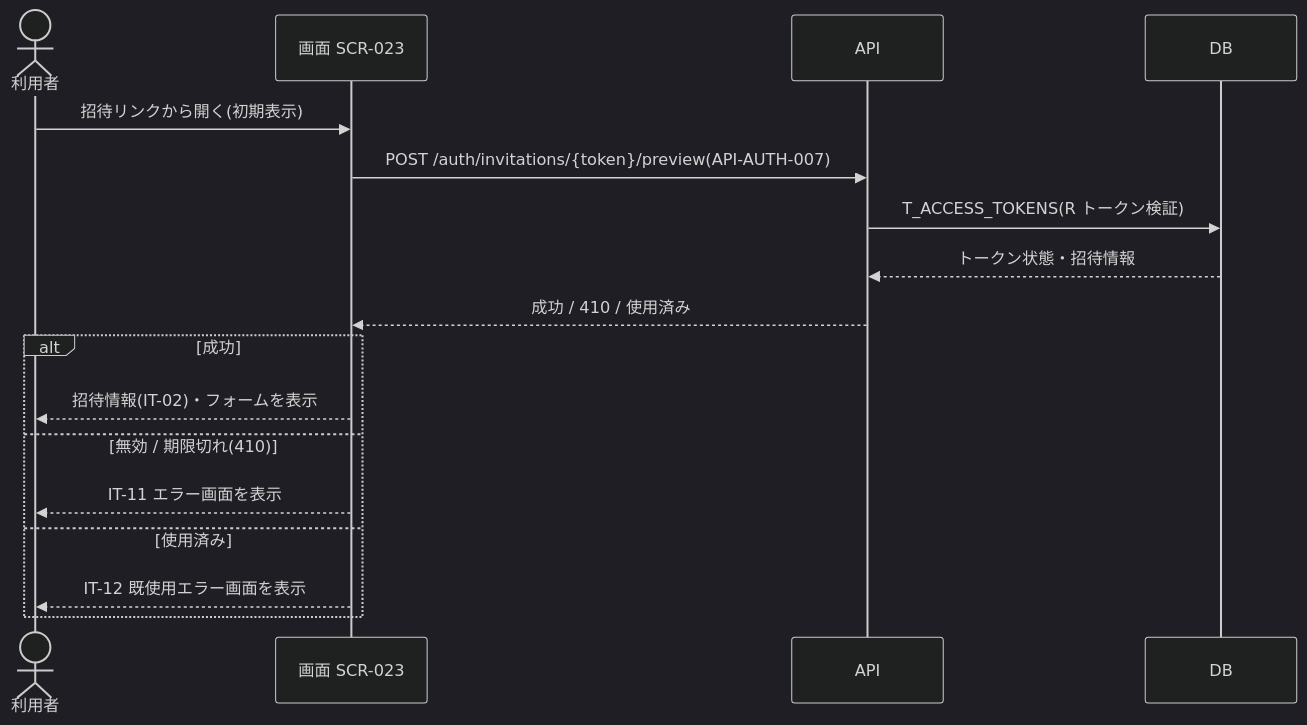
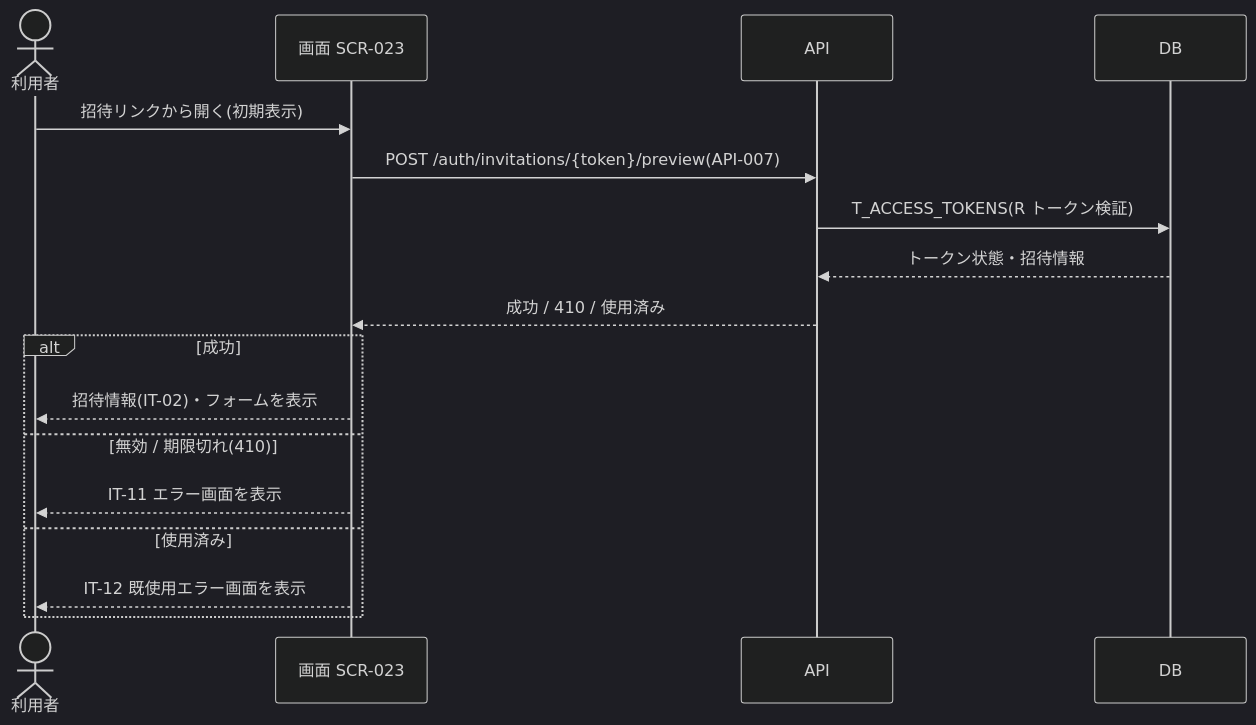
The diagram in 01_requirements/02_business_usecases/UC-181.md (sikakou54/open-faq), drawn with Mermaid (dark theme) before and after one commit. The commit also changed other lines of this file and 321 other files, not shown here.

````diff
--- a/01_requirements/02_business_usecases/UC-181.md
+++ b/01_requirements/02_business_usecases/UC-181.md
@@ -38,19 +38,19 @@
 ```mermaid
 sequenceDiagram
   actor U as 利用者
   participant S as 画面 SCR-023
   participant API as API
   participant DB as DB
   U->>S: 招待リンクから開く(初期表示)
-  S->>API: POST /auth/invitations/{token}/preview(API-AUTH-007)
+  S->>API: POST /auth/invitations/{token}/preview(API-007)
   API->>DB: T_ACCESS_TOKENS(R トークン検証)
   DB-->>API: トークン状態・招待情報
   API-->>S: 成功 / 410 / 使用済み
   alt 成功
     S-->>U: 招待情報(IT-02)・フォームを表示
   else 無効 / 期限切れ(410)
     S-->>U: IT-11 エラー画面を表示
   else 使用済み
     S-->>U: IT-12 既使用エラー画面を表示
   end
 ```
````
